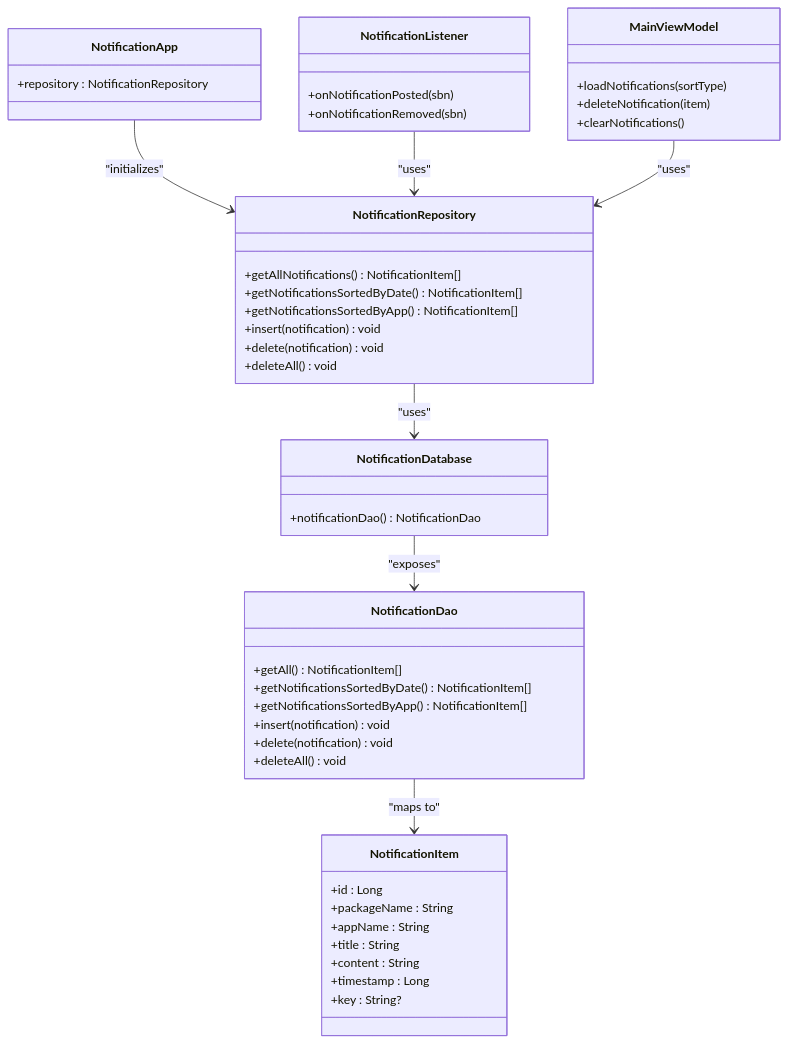
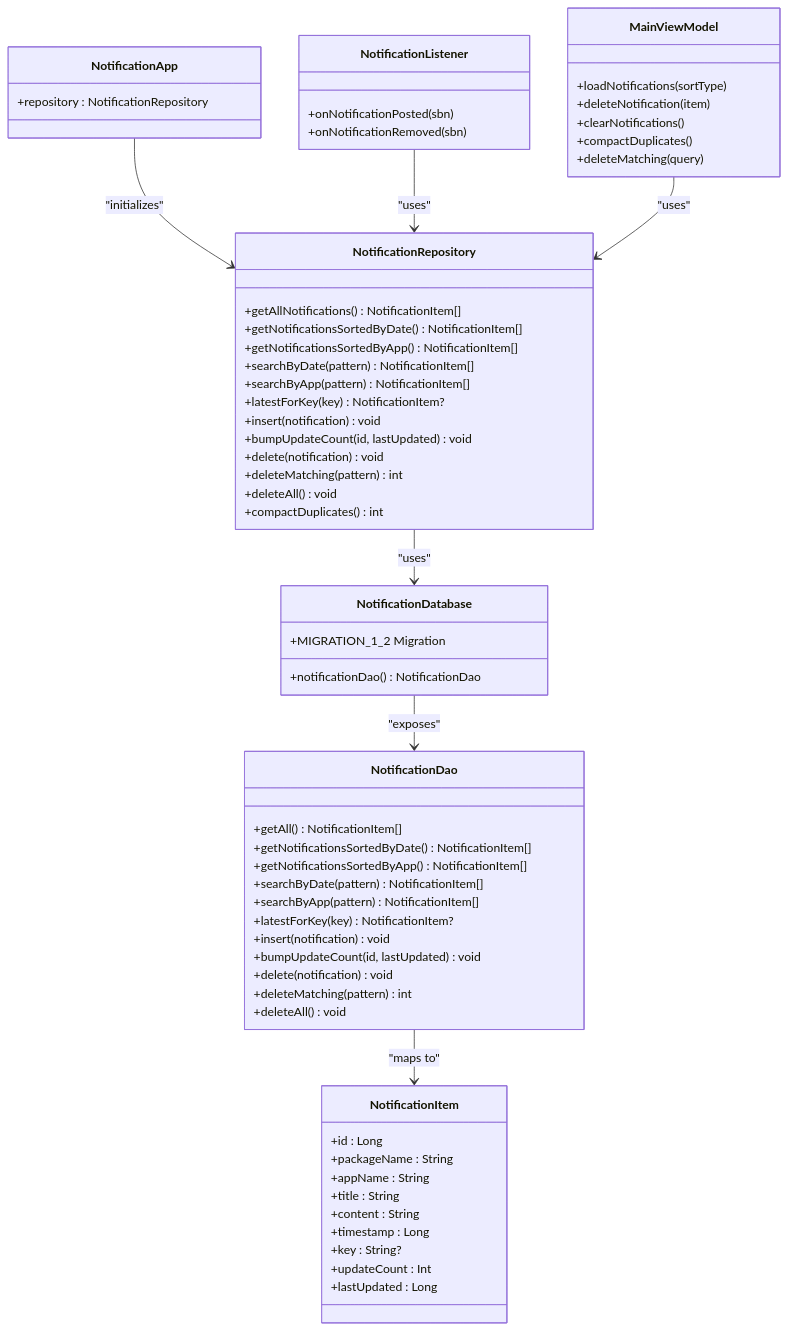
The second of 3 diagrams in .qoder/repowiki/en/content/Data Management/Database Schema Design.md (caldefoc/NotificationLog), drawn with Mermaid before and after one commit. The commit also changed other lines of this file and 13 other files, not shown here.

````diff
--- a/.qoder/repowiki/en/content/Data Management/Database Schema Design.md
+++ b/.qoder/repowiki/en/content/Data Management/Database Schema Design.md
@@ -115,49 +136,65 @@
 ```mermaid
 classDiagram
 class NotificationDatabase {
 +notificationDao() NotificationDao
++MIGRATION_1_2 Migration
 }
 class NotificationDao {
 +getAll() NotificationItem[]
 +getNotificationsSortedByDate() NotificationItem[]
 +getNotificationsSortedByApp() NotificationItem[]
++searchByDate(pattern) NotificationItem[]
++searchByApp(pattern) NotificationItem[]
++latestForKey(key) NotificationItem?
 +insert(notification) void
++bumpUpdateCount(id, lastUpdated) void
 +delete(notification) void
++deleteMatching(pattern) int
 +deleteAll() void
 }
 class NotificationItem {
 +id : Long
 +packageName : String
 +appName : String
 +title : String
 +content : String
 +timestamp : Long
 +key : String?
++updateCount : Int
++lastUpdated : Long
 }
 class NotificationRepository {
 +getAllNotifications() NotificationItem[]
 +getNotificationsSortedByDate() NotificationItem[]
 +getNotificationsSortedByApp() NotificationItem[]
++searchByDate(pattern) NotificationItem[]
++searchByApp(pattern) NotificationItem[]
++latestForKey(key) NotificationItem?
 +insert(notification) void
++bumpUpdateCount(id, lastUpdated) void
 +delete(notification) void
++deleteMatching(pattern) int
 +deleteAll() void
++compactDuplicates() int
 }
 class NotificationApp {
 +repository : NotificationRepository
 }
 class NotificationListener {
 +onNotificationPosted(sbn)
 +onNotificationRemoved(sbn)
 }
 class MainViewModel {
 +loadNotifications(sortType)
 +deleteNotification(item)
 +clearNotifications()
++compactDuplicates()
++deleteMatching(query)
 }
 NotificationDatabase --> NotificationDao : "exposes"
 NotificationDao --> NotificationItem : "maps to"
 NotificationRepository --> NotificationDatabase : "uses"
 NotificationApp --> NotificationRepository : "initializes"
 NotificationListener --> NotificationRepository : "uses"
 MainViewModel --> NotificationRepository : "uses"
 ```
````
